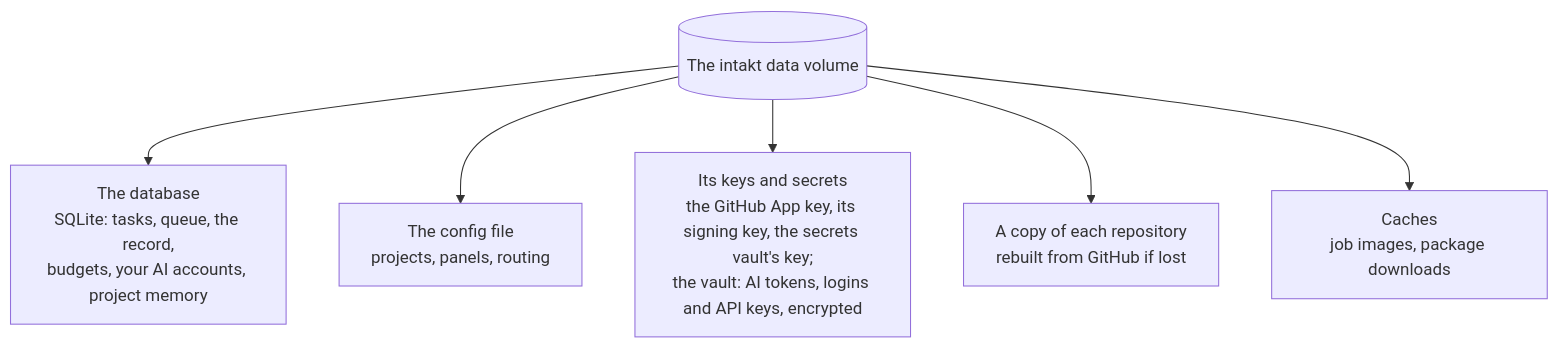
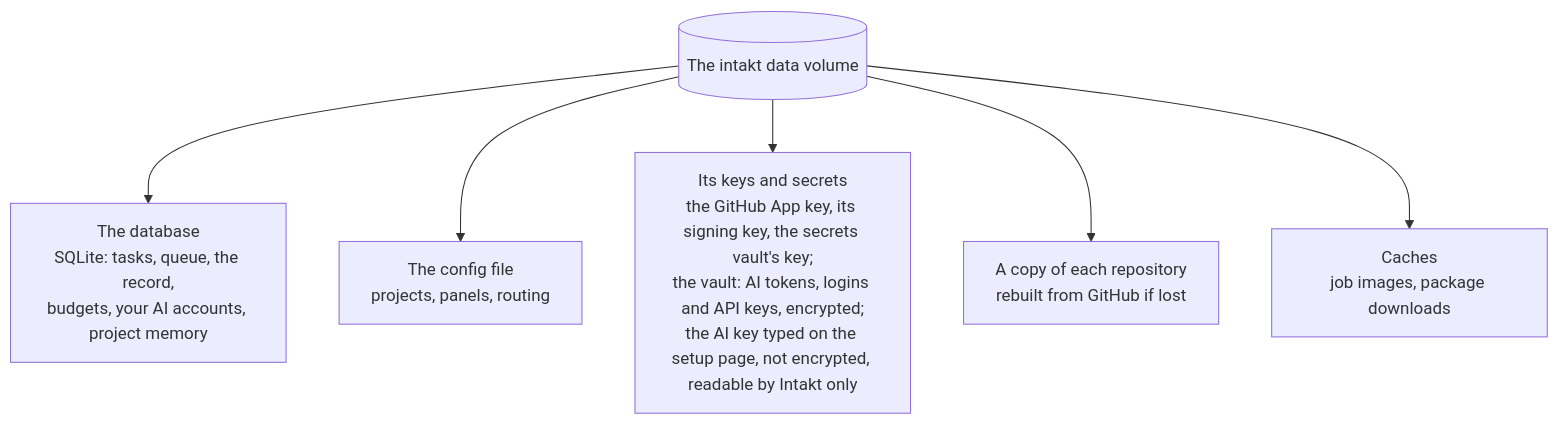
One commit to shinyredapples/intakt changed the diagram in docs/guide/your-data.md. Above: the diagram before and after it, drawn with Mermaid. The commit also changed other lines of this file and 10 other files, not shown here.

````diff
--- a/docs/guide/your-data.md
+++ b/docs/guide/your-data.md
@@ -7,8 +7,8 @@
 ```mermaid
 flowchart TD
   vol[(The intakt data volume)] --> db[The database<br/>SQLite: tasks, queue, the record,<br/>budgets, your AI accounts, project memory]
   vol --> cfg[The config file<br/>projects, panels, routing]
-  vol --> keys[Its keys and secrets<br/>the GitHub App key, its signing key, the secrets vault's key;<br/>the vault: AI tokens, logins and API keys, encrypted]
+  vol --> keys[Its keys and secrets<br/>the GitHub App key, its signing key, the secrets vault's key;<br/>the vault: AI tokens, logins and API keys, encrypted;<br/>the AI key typed on the setup page, not encrypted, readable by Intakt only]
   vol --> mirror[A copy of each repository<br/>rebuilt from GitHub if lost]
   vol --> cache[Caches<br/>job images, package downloads]
 ```
````
